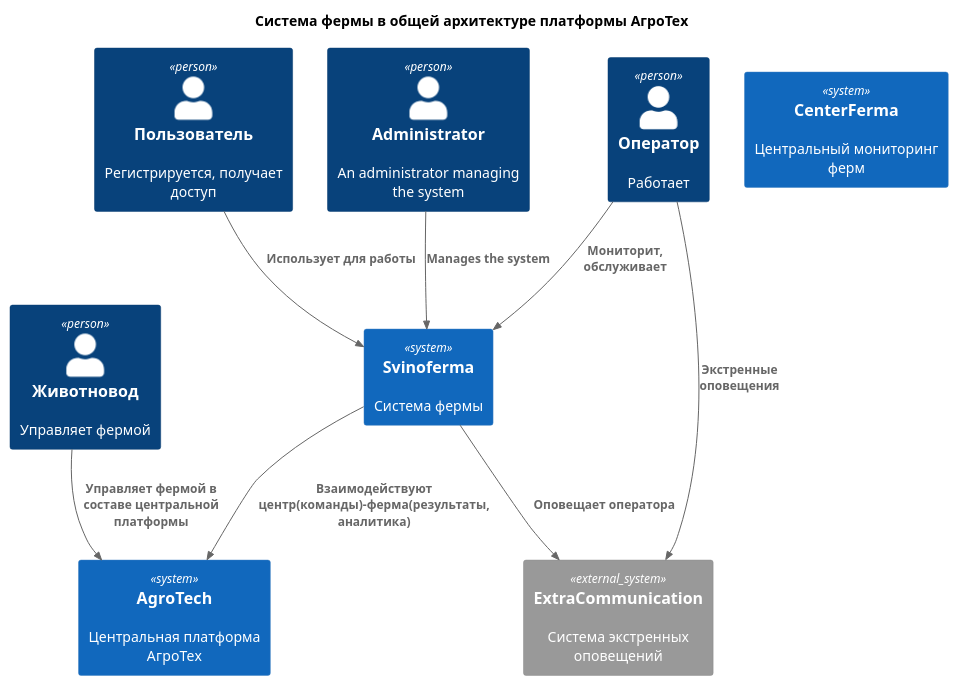
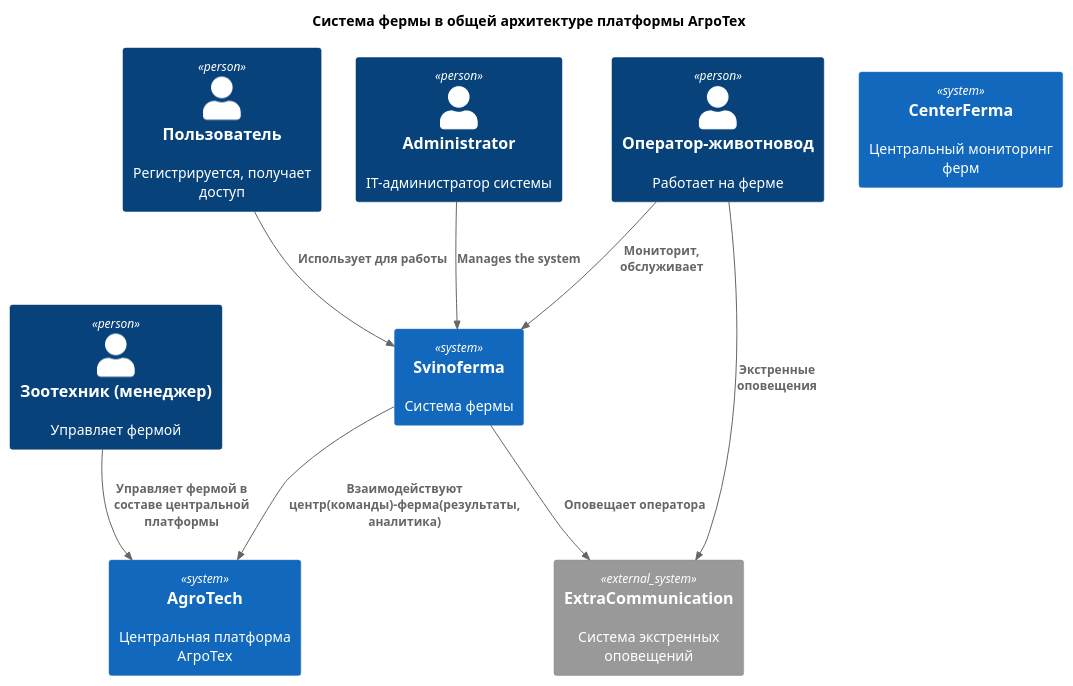
One commit to IvanVerba/MSA-AgroTech changed the diagram in Task1/Context1.puml. Above: the diagram before and after it, drawn with PlantUML.

Commit message:
Task1: Поправил названия пользователей

```diff
--- a/Task1/Context1.puml
+++ b/Task1/Context1.puml
@@ -1,26 +1,26 @@
 @startuml
 title Ferma Context Diagram
 
 top to bottom direction
 
 !includeurl https://raw.githubusercontent.com/RicardoNiepel/C4-PlantUML/master/C4_Component.puml
 
   title Система фермы в общей архитектуре платформы АгроТех
 
   Person(user, "Пользователь", "Регистрируется, получает доступ")
-  Person(operator, "Оператор", "Работает")
-  Person(admin, "Administrator", "An administrator managing the system")
-  Person(mainuser, "Животновод", "Управляет фермой")
+  Person(operator, "Оператор-животновод", "Работает на ферме")
+  Person(admin, "Administrator", "IT-администратор системы")
+  Person(mainuser, "Зоотехник (менеджер)", "Управляет фермой")
   System(ferma, "Svinoferma", "Система фермы")
   System(center_ferma, "CenterFerma", "Центральный мониторинг ферм")
   System(agro_tech, "AgroTech", "Центральная платформа АгроТех")
   System_Ext(extr_comm, "ExtraCommunication", "Система экстренных оповещений")
   Rel(user, ferma, "Использует для работы")
   Rel(operator, ferma, "Мониторит, обслуживает")
   Rel(operator, extr_comm, "Экстренные оповещения")
   Rel(admin,ferma,"Manages the system")
   Rel(ferma,extr_comm,"Оповещает оператора")
   Rel(mainuser,agro_tech,"Управляет фермой в составе центральной платформы")
   Rel(ferma,agro_tech,"Взаимодействуют центр(команды)-ферма(результаты, аналитика)")
 
 @enduml
```
